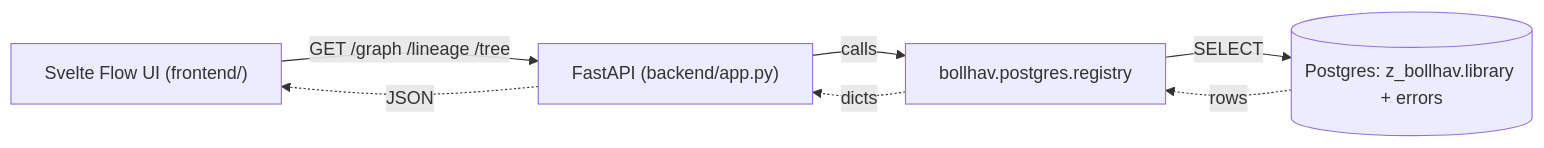
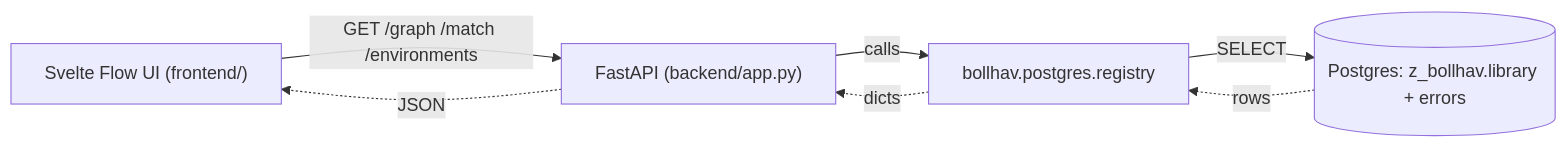
Before and after one commit to ebremstedt/bollhav: the diagram in gui/README.md, drawn with Mermaid. The commit also changed other lines of this file and 5 other files, not shown here.

````diff
--- a/gui/README.md
+++ b/gui/README.md
@@ -13,14 +36,14 @@
 ```mermaid
 flowchart LR
     FE["Svelte Flow UI (frontend/)"]
     API["FastAPI (backend/app.py)"]
     REG["bollhav.postgres.registry"]
     DB[("Postgres: z_bollhav.library + errors")]
 
-    FE -->|"GET /graph /lineage /tree"| API
+    FE -->|"GET /graph /match /environments"| API
     API -->|calls| REG
     REG -->|SELECT| DB
     DB -.->|rows| REG
     REG -.->|dicts| API
     API -.->|JSON| FE
 ```
````
